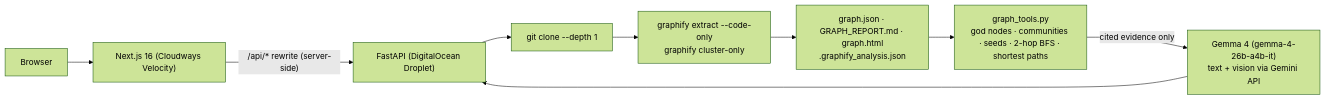
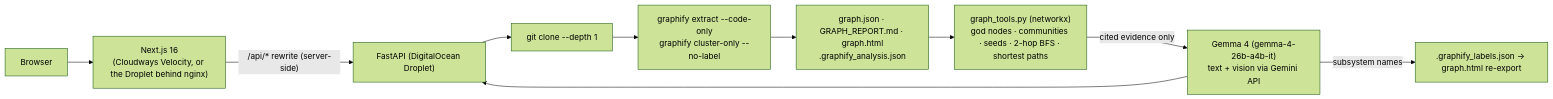
Before and after one commit to tf153/RepoLens: the diagram in README.md, drawn with Mermaid (forest theme). The commit also changed other lines of this file and 2 other files, not shown here.

Commit message:
Parallel Gemma tour calls + system prompt to curb thinking; .env.example templates; README: config, API, deploy, skill, design, limits, security

````diff
--- a/README.md
+++ b/README.md
@@ -36,11 +55,12 @@
 ```mermaid
 flowchart LR
-  Browser --> Web["Next.js 16 (Cloudways Velocity)"]
+  Browser --> Web["Next.js 16<br/>(Cloudways Velocity, or the Droplet behind nginx)"]
   Web -->|"/api/* rewrite (server-side)"| API["FastAPI (DigitalOcean Droplet)"]
   API --> Clone["git clone --depth 1"]
-  Clone --> GF["graphify extract --code-only<br/>graphify cluster-only"]
+  Clone --> GF["graphify extract --code-only<br/>graphify cluster-only --no-label"]
   GF --> Out["graph.json · GRAPH_REPORT.md · graph.html<br/>.graphify_analysis.json"]
-  Out --> Tools["graph_tools.py<br/>god nodes · communities · seeds · 2-hop BFS · shortest paths"]
+  Out --> Tools["graph_tools.py (networkx)<br/>god nodes · communities · seeds · 2-hop BFS · shortest paths"]
   Tools -->|"cited evidence only"| Gemma["Gemma 4 (gemma-4-26b-a4b-it)<br/>text + vision via Gemini API"]
   Gemma --> API
+  Gemma -->|"subsystem names"| Labels[".graphify_labels.json → graph.html re-export"]
 ```
````
